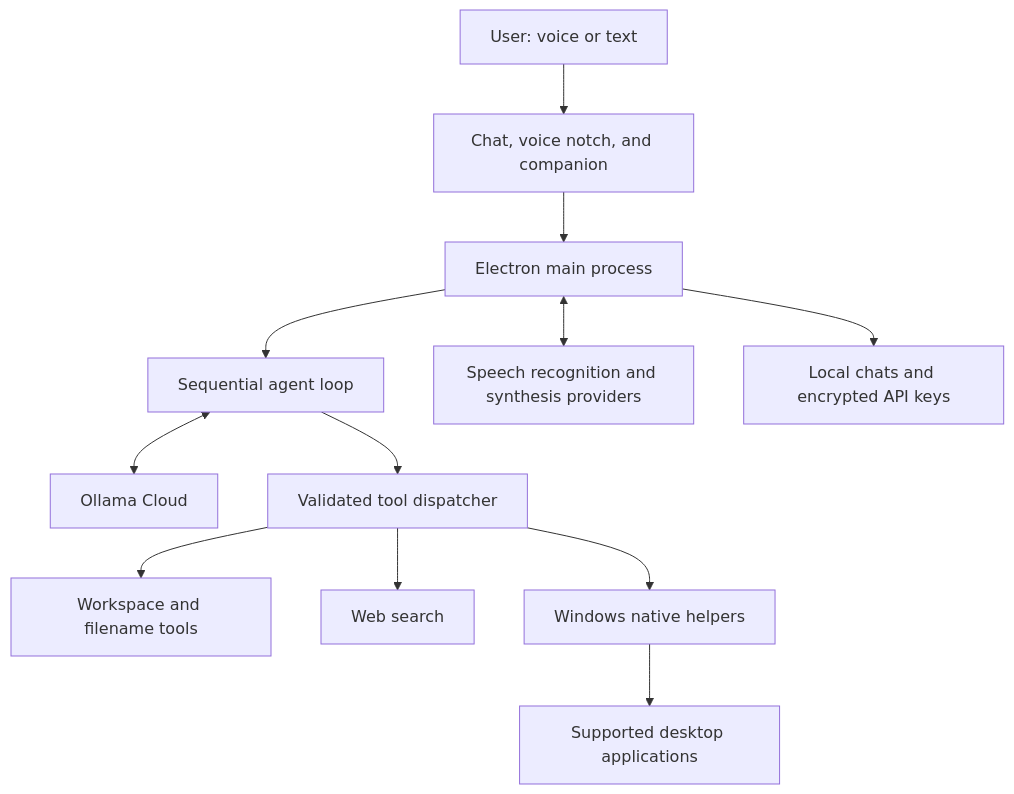
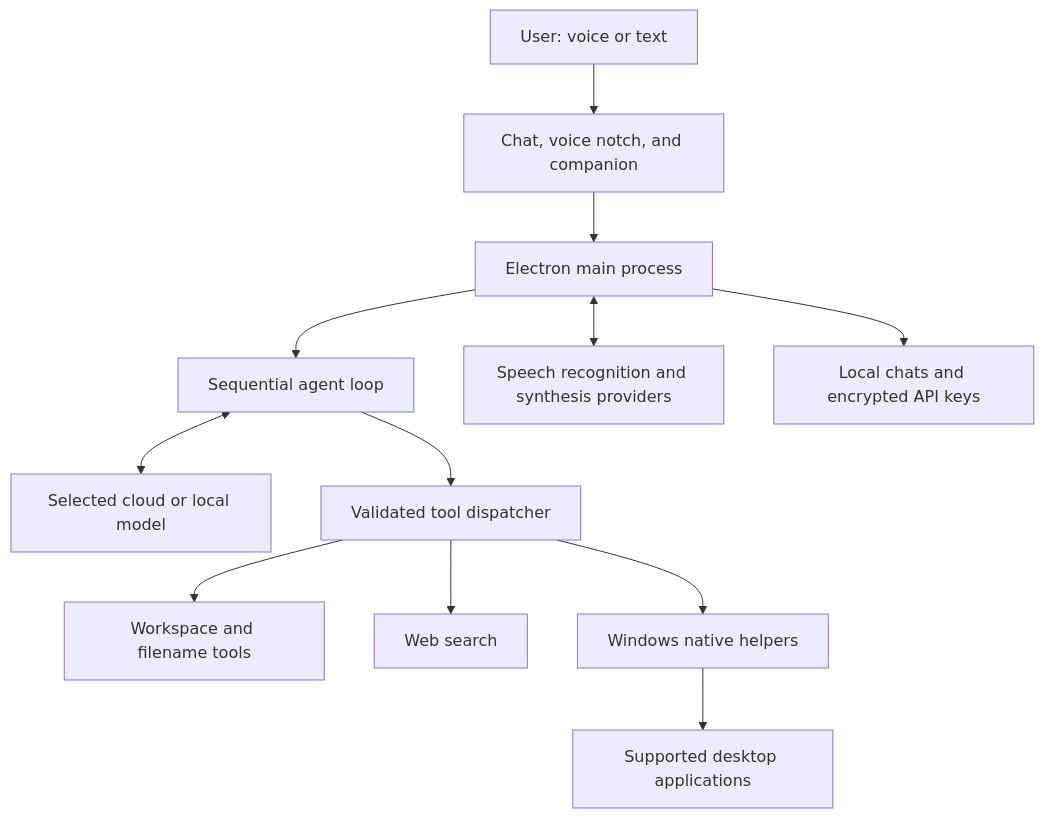
Before and after one commit to HeartFlowAI/hfai_harness_app: the diagram in WHITEPAPER.md, drawn with Mermaid. The commit also changed other lines of this file and 28 other files, not shown here.

````diff
--- a/WHITEPAPER.md
+++ b/WHITEPAPER.md
@@ -55,14 +57,14 @@
 ```mermaid
 flowchart TD
     User[User: voice or text] --> UI[Chat, voice notch, and companion]
     UI --> Main[Electron main process]
     Main --> Agent[Sequential agent loop]
-    Agent <--> Model[Ollama Cloud]
+    Agent <--> Model[Selected cloud or local model]
     Agent --> Tools[Validated tool dispatcher]
     Tools --> Files[Workspace and filename tools]
     Tools --> Search[Web search]
     Tools --> Native[Windows native helpers]
     Native --> Apps[Supported desktop applications]
     Main <--> Speech[Speech recognition and synthesis providers]
     Main --> Storage[Local chats and encrypted API keys]
 ```
````
